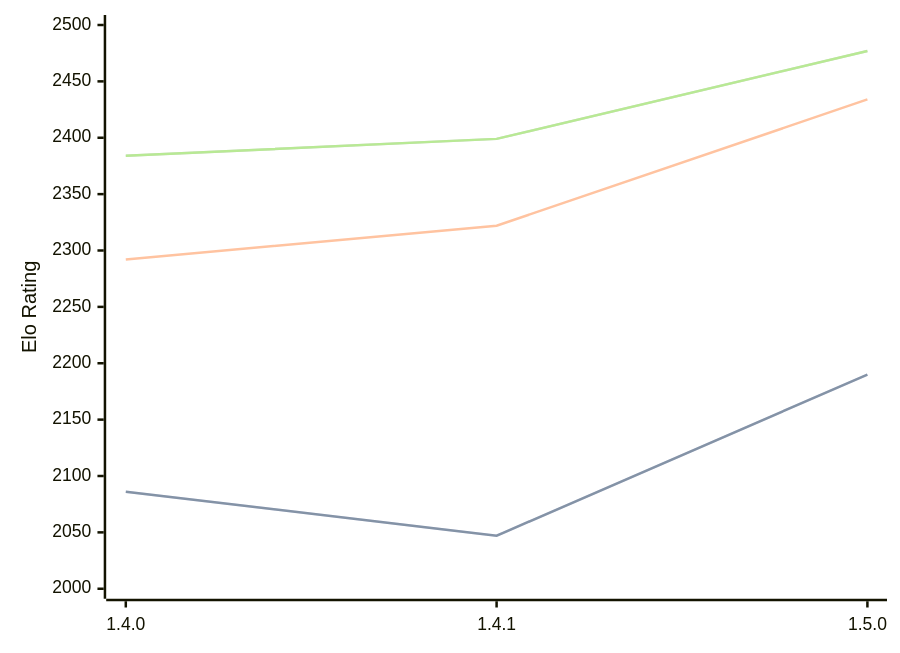
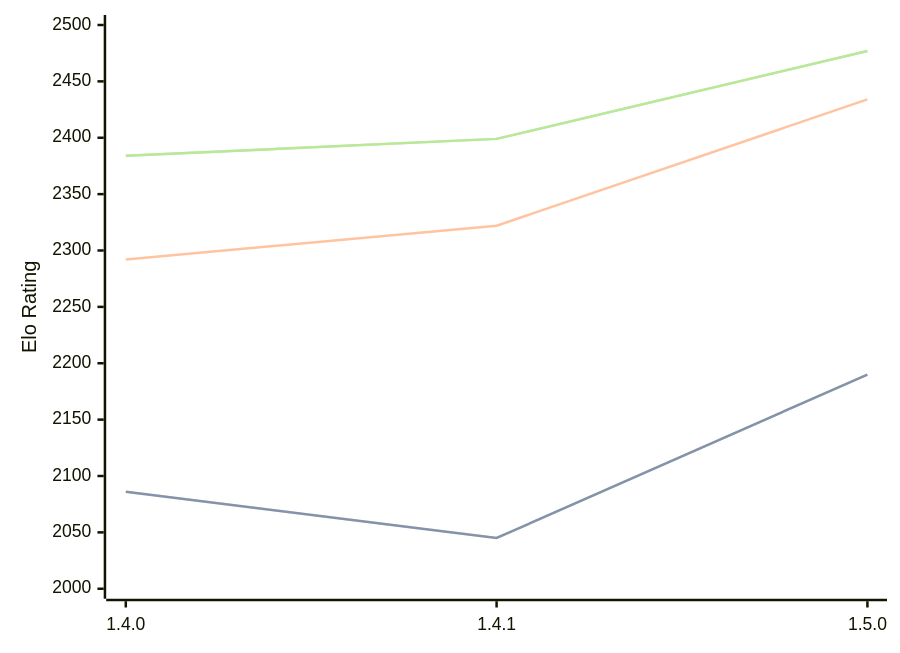
One commit to computer-chess-index/cci changed the diagram in engines/Tofiks.md. Above: the diagram before and after it, drawn with Mermaid. The commit also changed other lines of this file, not shown here.

````diff
--- a/engines/Tofiks.md
+++ b/engines/Tofiks.md
@@ -33,11 +33,11 @@
 ```mermaid
 %%{init: {"theme":"base","themeVariables":{"seriesColors:['#a3a3a3','#222221','#faa371']}}}%%
 xychart-beta
   x-axis ["1.4.0", "1.4.1", "1.5.0"]
   y-axis "Elo Rating" 2000 --> 2500
-  line "" [2086, 2047, 2190]
-  line "STC (8.0+0.08s)" [2086, 2047, 2190]
+  line "" [2086, 2045, 2190]
+  line "STC (8.0+0.08s)" [2086, 2045, 2190]
   line "LTC (60.0+0.60s)" [2292, 2322, 2434]
   line "" [2384, 2399, 2477]
   line "VLTC (2m24s+1.12s)" [2384, 2399, 2477]
 ```
````
